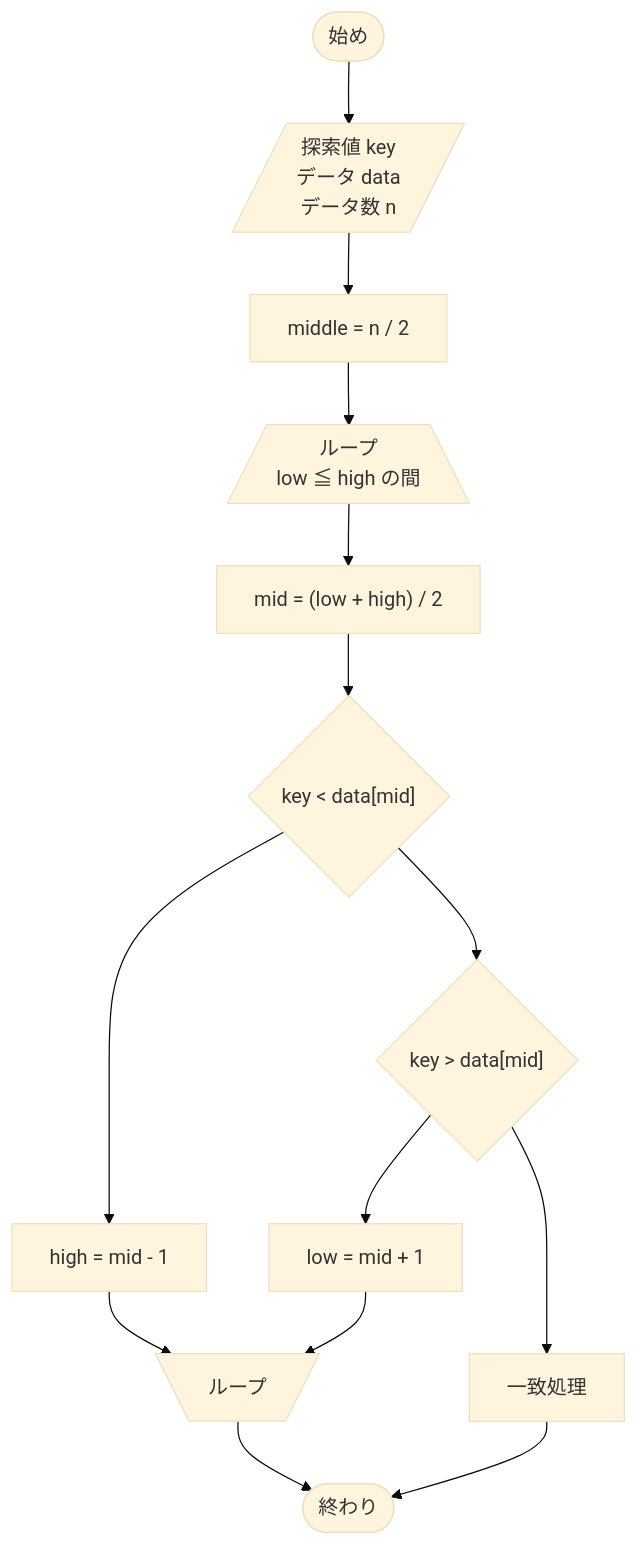
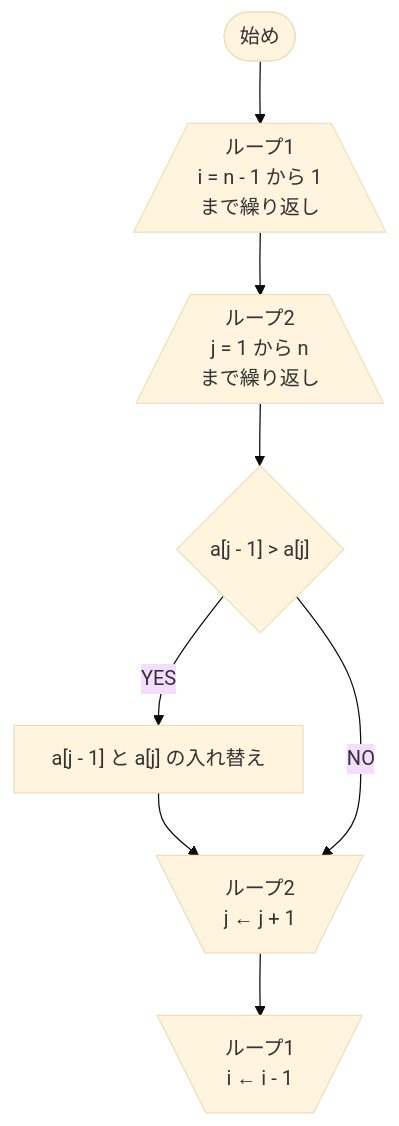
The second of 2 diagrams in 3rd_term/_summary.md (wappon28dev/algorithm_src), drawn with Mermaid (base theme) before and after one commit. The commit also changed other lines of this file, not shown here.

````diff
--- a/3rd_term/_summary.md
+++ b/3rd_term/_summary.md
@@ -519,28 +505,17 @@
   ```mermaid
   flowchart TB
   node_1(["始め"])
-  node_2[/"探索値 key\n データ data\n データ数 n"/]
-  node_3["middle = n / 2"]
-  node_4[/"ループ\nlow ≦ high の間"\]
-  node_5["mid = (low + high) / 2"]
-  node_6{"key #lt; data[mid]"}
-  node_7["high = mid - 1"]
-  node_8{"key #gt; data[mid]"}
-  node_9["low = mid + 1"]
-  node_10["一致処理"]
-  node_11[\"ループ"/]
-  node_12(["終わり"])
-  node_1 --> node_2
+  node_4[/"ループ1\ni = n - 1 から 1\nまで繰り返し"\]
+  node_2[/"ループ2\nj = 1 から n \nまで繰り返し"\]
+  node_3{"a[j - 1] #gt; a[j]"}
+  node_5["a[j - 1] と a[j] の入れ替え"]
+  node_6[\"ループ2\nj ← j + 1"/]
+  node_7[\"ループ1\ni ← i - 1"/]
+  node_1 --> node_4
+  node_4 --> node_2
   node_2 --> node_3
-  node_3 --> node_4
-  node_4 --> node_5
+  node_3 --"YES"--> node_5
   node_5 --> node_6
   node_6 --> node_7
-  node_6 --> node_8
-  node_8 --> node_9
-  node_8 --> node_10
-  node_7 --> node_11
-  node_9 --> node_11
-  node_11 --> node_12
-  node_10 --> node_12
+  node_3 --"NO"--> node_6
   ```
````
